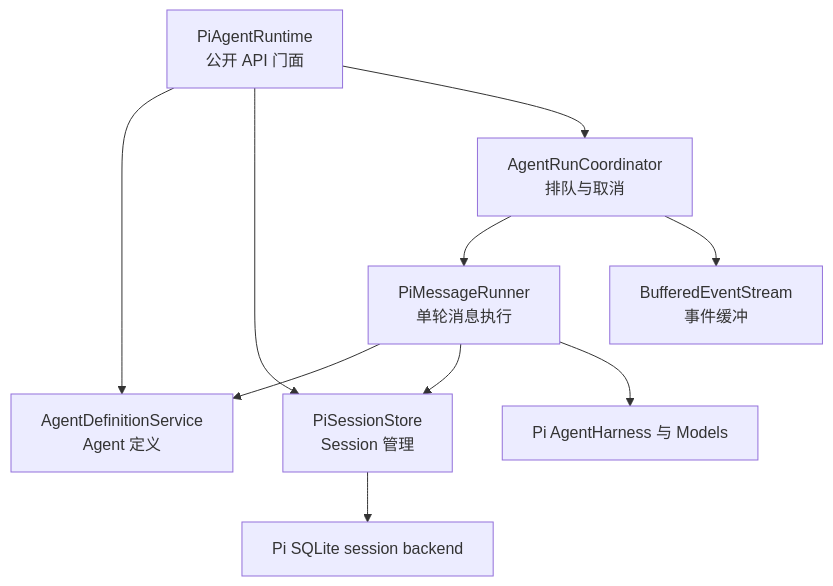
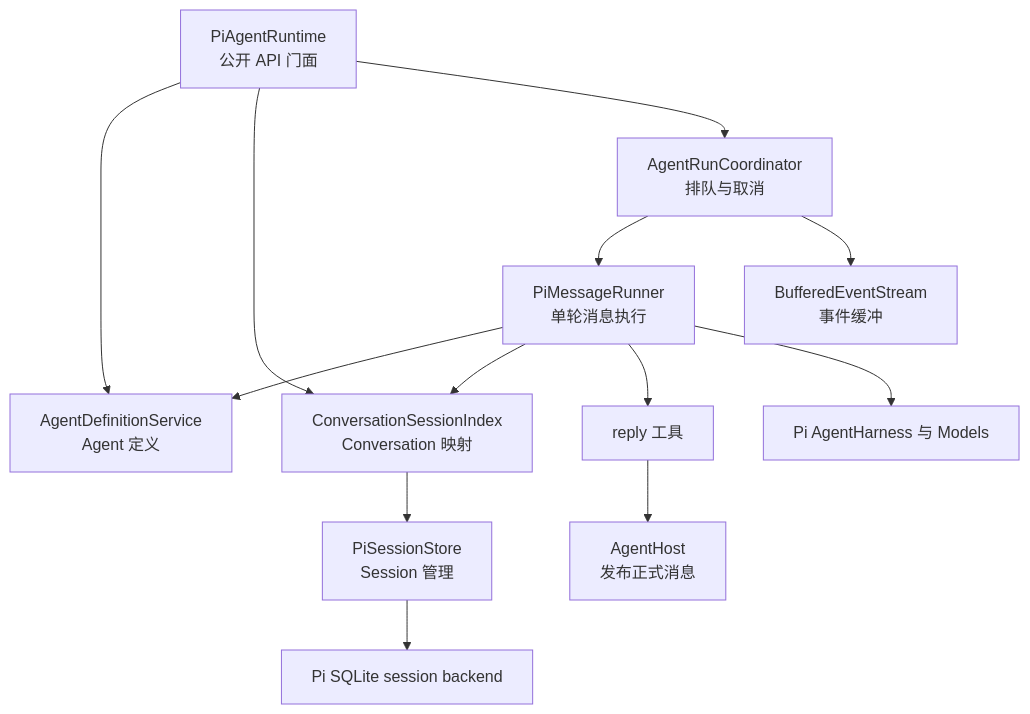
Before and after one commit to AllenLuuu/Peerly: the first of 2 diagrams in docs/architecture.md, drawn with Mermaid. The commit also changed other lines of this file and 41 other files, not shown here.

````diff
--- a/docs/architecture.md
+++ b/docs/architecture.md
@@ -31,12 +31,15 @@
 ```mermaid
 flowchart TD
     Runtime[PiAgentRuntime<br/>公开 API 门面] --> Definitions[AgentDefinitionService<br/>Agent 定义]
-    Runtime --> Sessions[PiSessionStore<br/>Session 管理]
+    Runtime --> Index[ConversationSessionIndex<br/>Conversation 映射]
+    Index --> Sessions[PiSessionStore<br/>Session 管理]
     Runtime --> Coordinator[AgentRunCoordinator<br/>排队与取消]
     Coordinator --> Runner[PiMessageRunner<br/>单轮消息执行]
     Runner --> Definitions
-    Runner --> Sessions
+    Runner --> Index
+    Runner --> Reply[reply 工具]
+    Reply --> Host[AgentHost<br/>发布正式消息]
     Coordinator --> Stream[BufferedEventStream<br/>事件缓冲]
     Runner --> Pi[Pi AgentHarness 与 Models]
     Sessions --> SQLite[Pi SQLite session backend]
 ```
````
